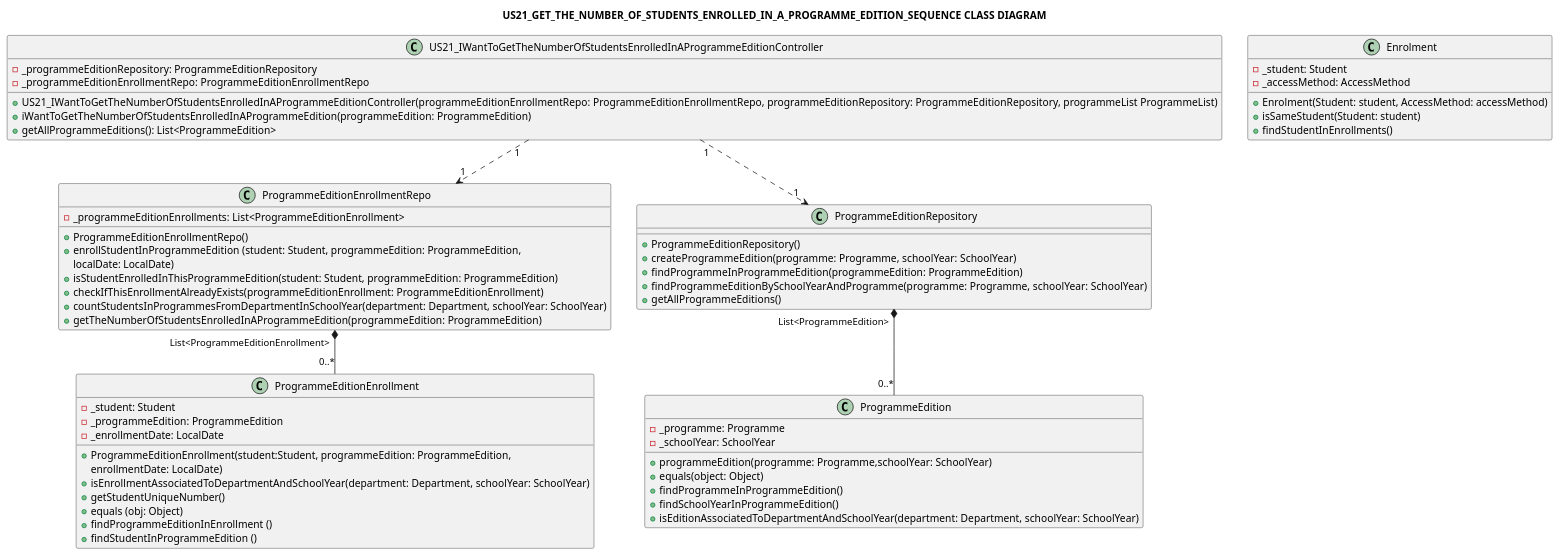
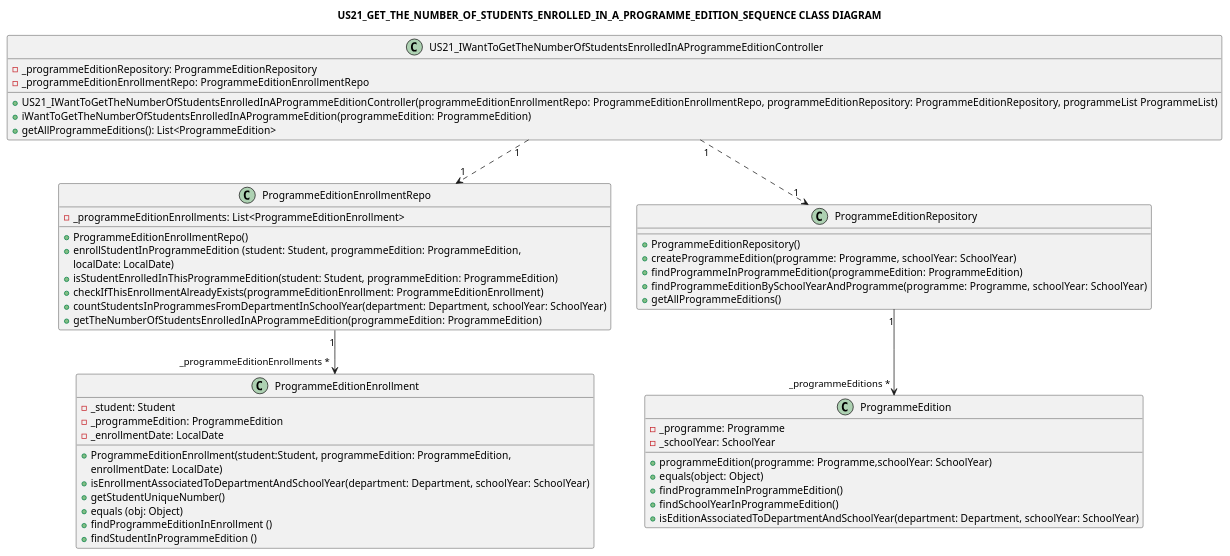
One commit to GasparISEP/DevOps-PAI changed the diagram in docs/US21/US21_IWantToGetTheNumberOfStudentsEnrolledInAProgrammeEdition_ClassDiagram.puml. Above: the diagram before and after it, drawn with PlantUML.

Commit message:
US21_Controller: Update Class Diagram

```diff
--- a/docs/US21/US21_IWantToGetTheNumberOfStudentsEnrolledInAProgrammeEdition_ClassDiagram.puml
+++ b/docs/US21/US21_IWantToGetTheNumberOfStudentsEnrolledInAProgrammeEdition_ClassDiagram.puml
@@ -1,70 +1,61 @@
 @startuml
 
 title: US21_GET_THE_NUMBER_OF_STUDENTS_ENROLLED_IN_A_PROGRAMME_EDITION_SEQUENCE CLASS DIAGRAM
 
 class US21_IWantToGetTheNumberOfStudentsEnrolledInAProgrammeEditionController {
     -_programmeEditionRepository: ProgrammeEditionRepository
     -_programmeEditionEnrollmentRepo: ProgrammeEditionEnrollmentRepo
     +US21_IWantToGetTheNumberOfStudentsEnrolledInAProgrammeEditionController(programmeEditionEnrollmentRepo: ProgrammeEditionEnrollmentRepo, programmeEditionRepository: ProgrammeEditionRepository, programmeList ProgrammeList)
     +iWantToGetTheNumberOfStudentsEnrolledInAProgrammeEdition(programmeEdition: ProgrammeEdition)
     +getAllProgrammeEditions(): List<ProgrammeEdition>
 }
 
 class ProgrammeEditionEnrollmentRepo {
     -_programmeEditionEnrollments: List<ProgrammeEditionEnrollment>
     +ProgrammeEditionEnrollmentRepo()
     +enrollStudentInProgrammeEdition (student: Student, programmeEdition: ProgrammeEdition,
     localDate: LocalDate)
     +isStudentEnrolledInThisProgrammeEdition(student: Student, programmeEdition: ProgrammeEdition)
     +checkIfThisEnrollmentAlreadyExists(programmeEditionEnrollment: ProgrammeEditionEnrollment)
     +countStudentsInProgrammesFromDepartmentInSchoolYear(department: Department, schoolYear: SchoolYear)
     +getTheNumberOfStudentsEnrolledInAProgrammeEdition(programmeEdition: ProgrammeEdition)
 }
 
 class ProgrammeEditionRepository {
     +ProgrammeEditionRepository()
     +createProgrammeEdition(programme: Programme, schoolYear: SchoolYear)
     +findProgrammeInProgrammeEdition(programmeEdition: ProgrammeEdition)
     +findProgrammeEditionBySchoolYearAndProgramme(programme: Programme, schoolYear: SchoolYear)
     +getAllProgrammeEditions()
 }
 
 class ProgrammeEditionEnrollment {
     -_student: Student
     -_programmeEdition: ProgrammeEdition
     -_enrollmentDate: LocalDate
     +ProgrammeEditionEnrollment(student:Student, programmeEdition: ProgrammeEdition,
      enrollmentDate: LocalDate)
     +isEnrollmentAssociatedToDepartmentAndSchoolYear(department: Department, schoolYear: SchoolYear)
     +getStudentUniqueNumber()
     +equals (obj: Object)
     +findProgrammeEditionInEnrollment ()
     +findStudentInProgrammeEdition ()
 }
 
-
-
 class ProgrammeEdition {
     -_programme: Programme
     -_schoolYear: SchoolYear
     +programmeEdition(programme: Programme,schoolYear: SchoolYear)
     +equals(object: Object)
     +findProgrammeInProgrammeEdition()
     +findSchoolYearInProgrammeEdition()
     +isEditionAssociatedToDepartmentAndSchoolYear(department: Department, schoolYear: SchoolYear)
 }
 
-class Enrolment {
-    -_student: Student
-    -_accessMethod: AccessMethod
-    +Enrolment(Student: student, AccessMethod: accessMethod)
-    +isSameStudent(Student: student)
-    +findStudentInEnrollments()
-}
 
 US21_IWantToGetTheNumberOfStudentsEnrolledInAProgrammeEditionController "1" ..> "1" ProgrammeEditionRepository
 US21_IWantToGetTheNumberOfStudentsEnrolledInAProgrammeEditionController "1" ..> "1" ProgrammeEditionEnrollmentRepo
-ProgrammeEditionEnrollmentRepo "List<ProgrammeEditionEnrollment>" *-- "0..*" ProgrammeEditionEnrollment
-ProgrammeEditionRepository "List<ProgrammeEdition>" *-- "0..*" ProgrammeEdition
+ProgrammeEditionEnrollmentRepo "1" --> "_programmeEditionEnrollments *" ProgrammeEditionEnrollment
+ProgrammeEditionRepository "1" --> "_programmeEditions *" ProgrammeEdition
 
 @enduml
```
